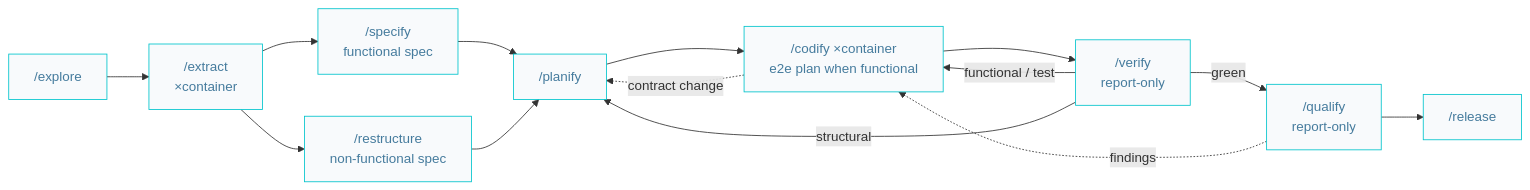
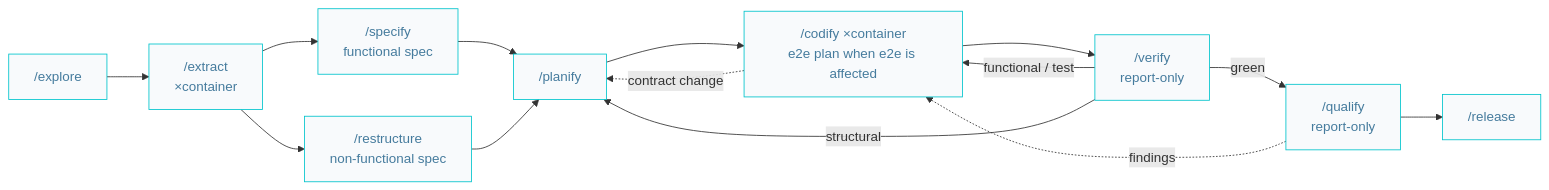
One commit to AIDDbot/AIDDbot changed the third of 10 diagrams in docs/AIDD.workflow.md. Above: the diagram before and after it, drawn with Mermaid. The commit also changed other lines of this file and 13 other files, not shown here.

First line of the commit message:
refactor(planify): an e2e plan follows the container, not the spec kind

````diff
--- a/docs/AIDD.workflow.md
+++ b/docs/AIDD.workflow.md
@@ -63,19 +63,19 @@
 ```mermaid
 flowchart LR
   classDef nd fill:#f8fafc,stroke:#00c4cc,color:#457b9d
 
   EXP["/explore"]:::nd --> EXT["/extract<br/>×container"]:::nd
   EXT --> SPC["/specify<br/>functional spec"]:::nd
   EXT --> REF["/restructure<br/>non-functional spec"]:::nd
   SPC --> PLN["/planify"]:::nd
   REF --> PLN
-  PLN --> COD["/codify ×container<br/>e2e plan when functional"]:::nd
+  PLN --> COD["/codify ×container<br/>e2e plan when e2e is affected"]:::nd
   COD --> VER["/verify<br/>report-only"]:::nd
   VER -->|green| REV["/qualify<br/>report-only"]:::nd
   REV --> REL["/release"]:::nd
 
   VER -->|functional / test| COD
   VER -->|structural| PLN
   REV -.findings.-> COD
   COD -.contract change.-> PLN
 ```
````
